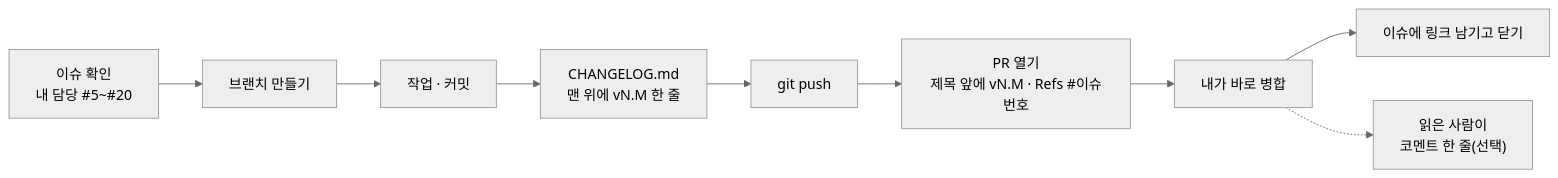
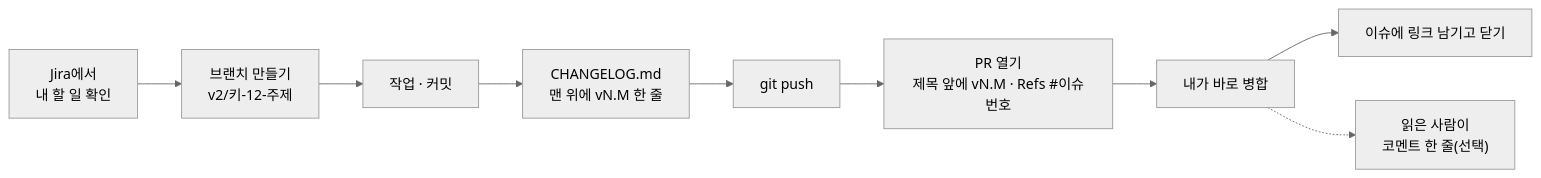
The second of 2 diagrams in 01-docs/00-overview/team-guide.md (2026-Codyssey-Final-Proj/Final-Proj), drawn with Mermaid (neutral theme) before and after one commit. The commit also changed other lines of this file and 15 other files, not shown here.

````diff
--- a/01-docs/00-overview/team-guide.md
+++ b/01-docs/00-overview/team-guide.md
@@ -105,11 +106,11 @@
 ```mermaid
 flowchart LR
-    A["이슈 확인<br/>내 담당 #5~#20"] --> B["브랜치 만들기"]
+    A["Jira에서<br/>내 할 일 확인"] --> B["브랜치 만들기<br/>v2/키-12-주제"]
     B --> C["작업 · 커밋"]
     C --> V["CHANGELOG.md<br/>맨 위에 vN.M 한 줄"]
     V --> D["git push"]
     D --> E["PR 열기<br/>제목 앞에 vN.M · Refs #이슈번호"]
     E --> G["내가 바로 병합"]
     G --> H["이슈에 링크 남기고 닫기"]
     G -.-> F["읽은 사람이<br/>코멘트 한 줄(선택)"]
 ```
````
